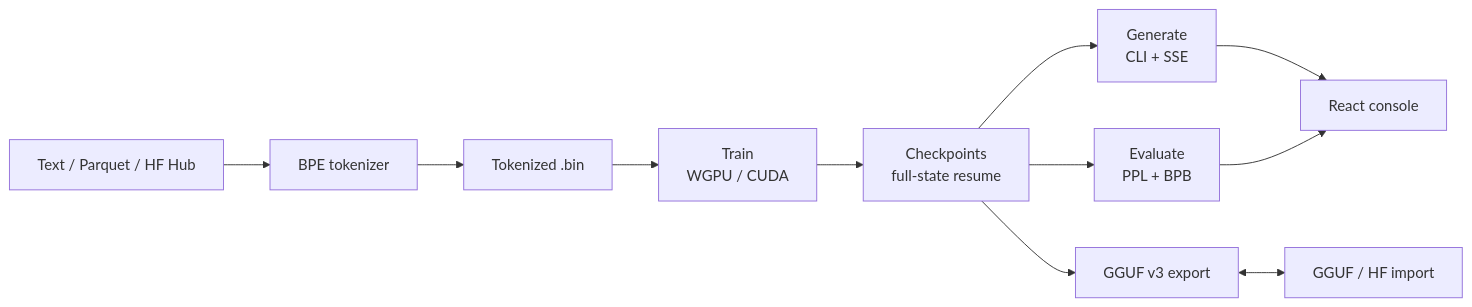
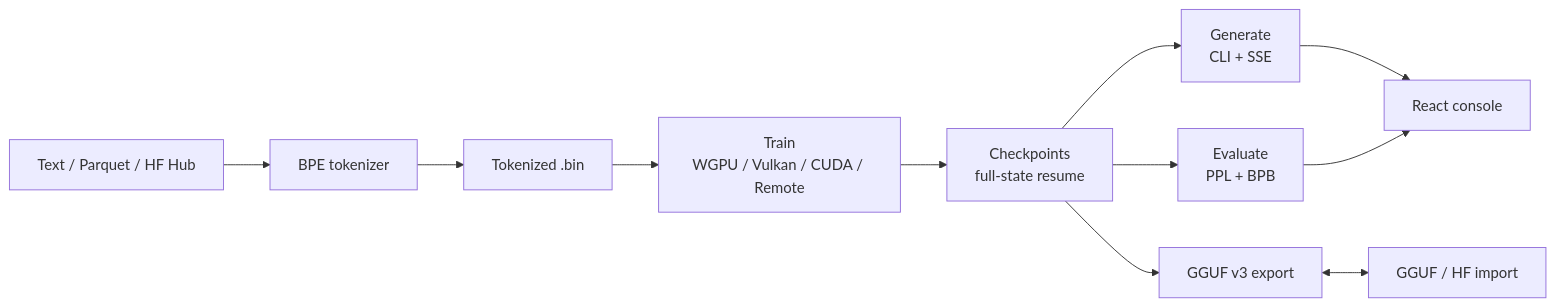
The diagram in README.md (Hoosk/noctambulo-llm), drawn with Mermaid before and after one commit. The commit also changed other lines of this file and 9 other files, not shown here.

````diff
--- a/README.md
+++ b/README.md
@@ -18,13 +18,13 @@
 ```mermaid
 flowchart LR
   A[Text / Parquet / HF Hub] --> B[BPE tokenizer]
   B --> C[Tokenized .bin]
-  C --> D[Train<br/>WGPU / CUDA]
+  C --> D[Train<br/>WGPU / Vulkan / CUDA / Remote]
   D --> E[Checkpoints<br/>full-state resume]
   E --> F[Evaluate<br/>PPL + BPB]
   E --> G[Generate<br/>CLI + SSE]
   E --> H[GGUF v3 export]
   H <--> I[GGUF / HF import]
   G --> J[React console]
   F --> J
 ```
````
